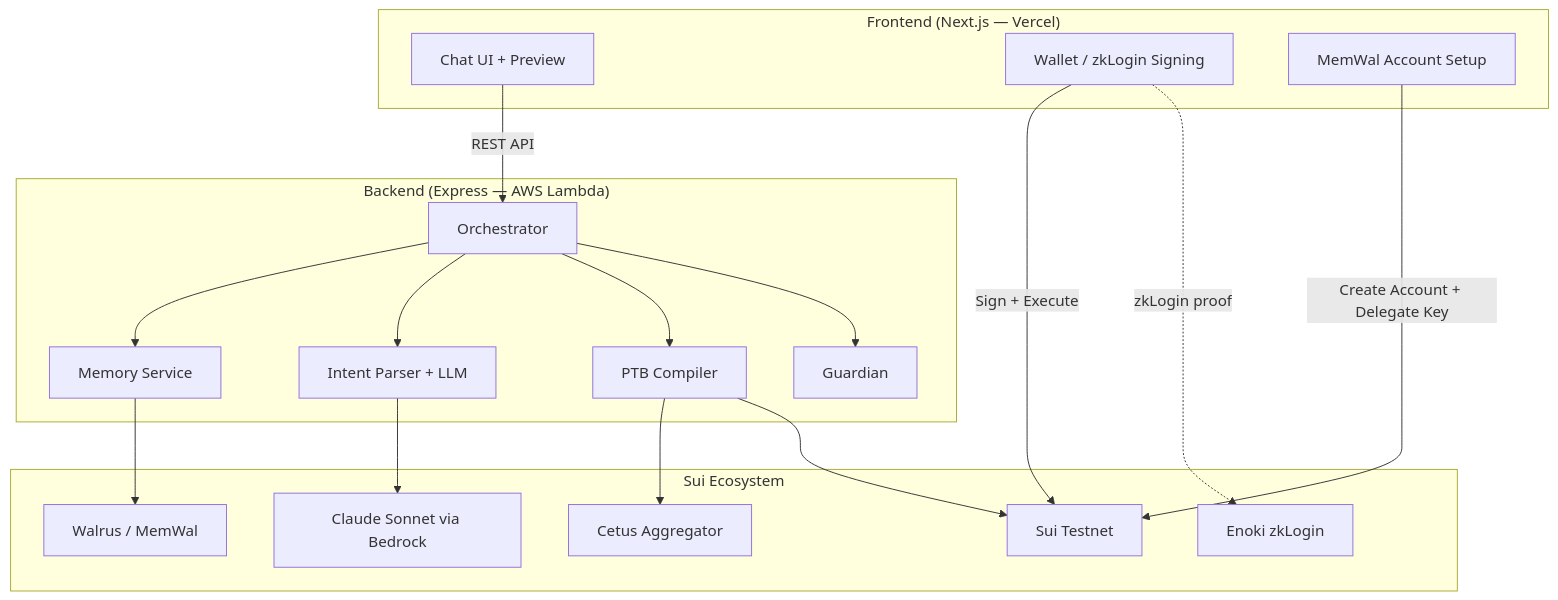
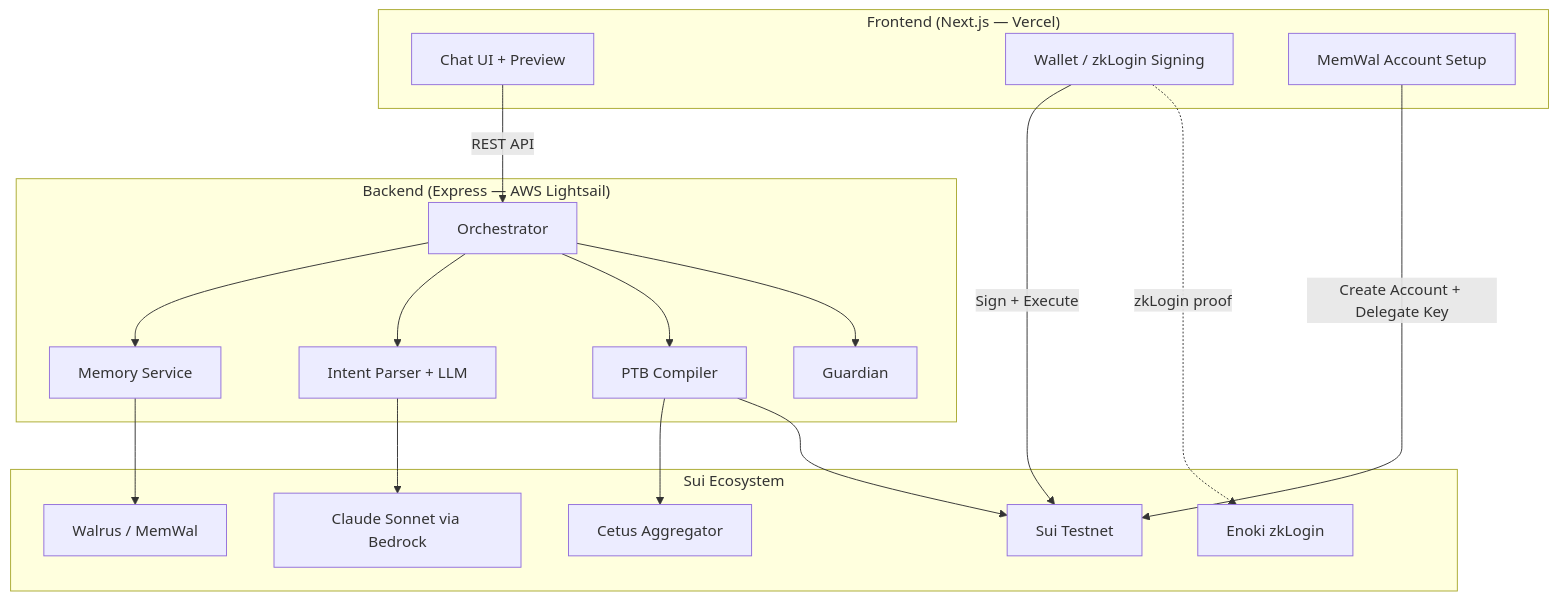
The diagram in README.md (lamdanghoang/marina-copilot), drawn with Mermaid before and after one commit. The commit also changed other lines of this file, not shown here.

````diff
--- a/README.md
+++ b/README.md
@@ -160,34 +160,34 @@
 ```mermaid
 graph TB
     subgraph Frontend ["Frontend (Next.js — Vercel)"]
         UI[Chat UI + Preview]
         WC[Wallet / zkLogin Signing]
         MW[MemWal Account Setup]
     end
 
-    subgraph Backend ["Backend (Express — AWS Lambda)"]
+    subgraph Backend ["Backend (Express — AWS Lightsail)"]
         Orch[Orchestrator]
         IP[Intent Parser + LLM]
         PTB[PTB Compiler]
         Guard[Guardian]
         Mem[Memory Service]
     end
 
     subgraph Sui ["Sui Ecosystem"]
         LLM[Claude Sonnet via Bedrock]
         Cetus[Cetus Aggregator]
         Chain[Sui Testnet]
         Walrus[Walrus / MemWal]
         Enoki[Enoki zkLogin]
     end
 
     UI -->|REST API| Orch
     WC -->|Sign + Execute| Chain
     MW -->|Create Account + Delegate Key| Chain
     Orch --> Mem --> Walrus
     Orch --> IP --> LLM
     Orch --> PTB --> Cetus
     PTB --> Chain
     Orch --> Guard
     WC -.->|zkLogin proof| Enoki
 ```
````
